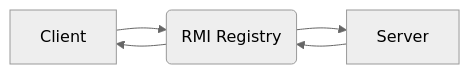
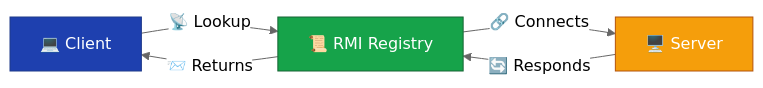
Before and after one commit to infoyouth/infoyouth.github.io: the third of 3 diagrams in _posts/2025-02-08-26.-java-miscellaneous.md, drawn with Mermaid (neutral theme). The commit also changed other lines of this file, not shown here.

````diff
--- a/_posts/2025-02-08-26.-java-miscellaneous.md
+++ b/_posts/2025-02-08-26.-java-miscellaneous.md
@@ -272,7 +290,12 @@
 ```mermaid
 graph LR
-A[Client] --> B(RMI Registry);
-B --> C[Server];
-C --> B;
-B --> A;
+    A["💻 Client"] -->|📡 Lookup| B["📜 RMI Registry"];
+    B -->|🔗 Connects| C["🖥️ Server"];
+    C -->|🔄 Responds| B;
+    B -->|📨 Returns| A;
+
+    style A fill:#1e40af,stroke:#1e3a8a,color:#ffffff
+    style B fill:#16a34a,stroke:#166534,color:#ffffff
+    style C fill:#f59e0b,stroke:#b45309,color:#ffffff
+
 ```
````
